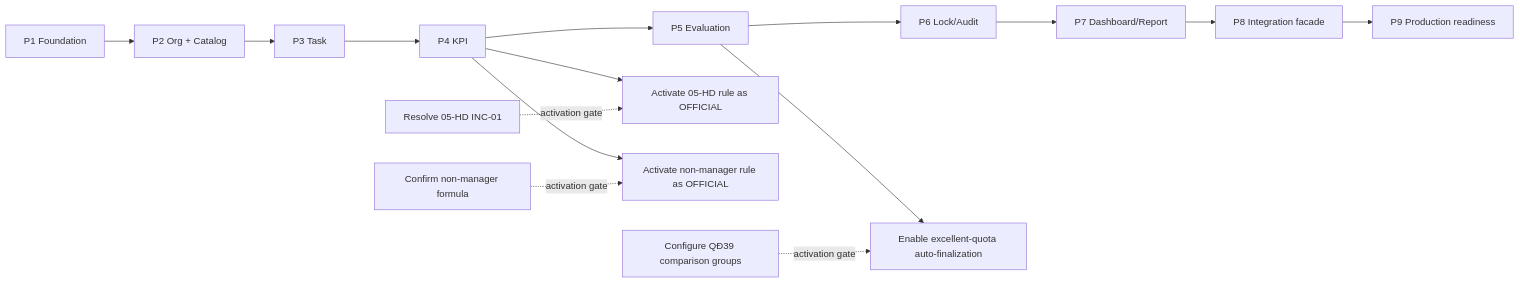
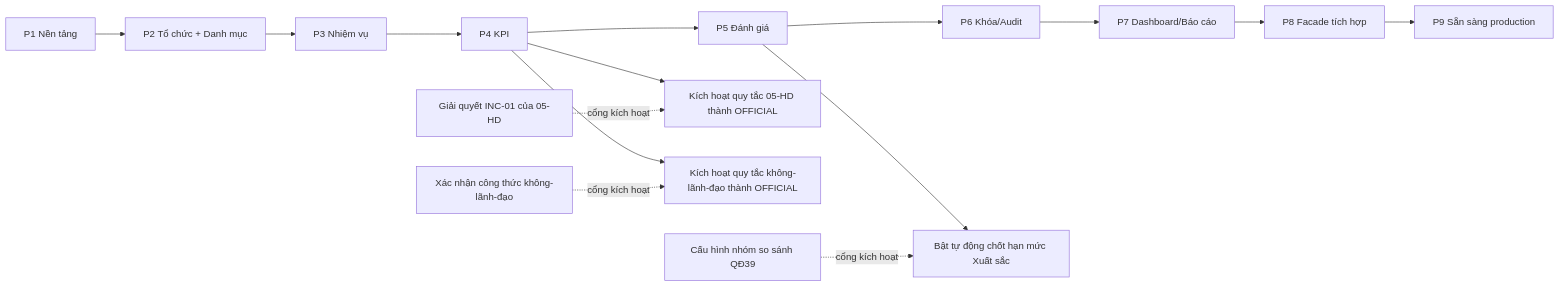
The diagram in docs/06-plan/implementation-plan.md (chotr/BTCTU), drawn with Mermaid before and after one commit. The commit also changed other lines of this file and 48 other files, not shown here.

````diff
--- a/docs/06-plan/implementation-plan.md
+++ b/docs/06-plan/implementation-plan.md
@@ -224,18 +227,18 @@
 ```mermaid
 flowchart LR
-  P1["P1 Foundation"] --> P2["P2 Org + Catalog"]
-  P2 --> P3["P3 Task"]
+  P1["P1 Nền tảng"] --> P2["P2 Tổ chức + Danh mục"]
+  P2 --> P3["P3 Nhiệm vụ"]
   P3 --> P4["P4 KPI"]
-  P4 --> P5["P5 Evaluation"]
-  P5 --> P6["P6 Lock/Audit"]
-  P6 --> P7["P7 Dashboard/Report"]
-  P7 --> P8["P8 Integration facade"]
-  P8 --> P9["P9 Production readiness"]
+  P4 --> P5["P5 Đánh giá"]
+  P5 --> P6["P6 Khóa/Audit"]
+  P6 --> P7["P7 Dashboard/Báo cáo"]
+  P7 --> P8["P8 Facade tích hợp"]
+  P8 --> P9["P9 Sẵn sàng production"]
 
-  P4 --> O1["Activate 05-HD rule as OFFICIAL"]
-  I1["Resolve 05-HD INC-01"] -. activation gate .-> O1
-  P4 --> O2["Activate non-manager rule as OFFICIAL"]
-  I2["Confirm non-manager formula"] -. activation gate .-> O2
-  P5 --> O3["Enable excellent-quota auto-finalization"]
-  I3["Configure QĐ39 comparison groups"] -. activation gate .-> O3
+  P4 --> O1["Kích hoạt quy tắc 05-HD thành OFFICIAL"]
+  I1["Giải quyết INC-01 của 05-HD"] -. cổng kích hoạt .-> O1
+  P4 --> O2["Kích hoạt quy tắc không-lãnh-đạo thành OFFICIAL"]
+  I2["Xác nhận công thức không-lãnh-đạo"] -. cổng kích hoạt .-> O2
+  P5 --> O3["Bật tự động chốt hạn mức Xuất sắc"]
+  I3["Cấu hình nhóm so sánh QĐ39"] -. cổng kích hoạt .-> O3
 ```
````
